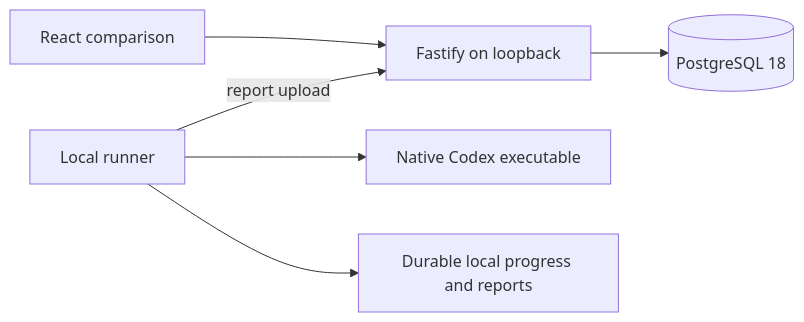
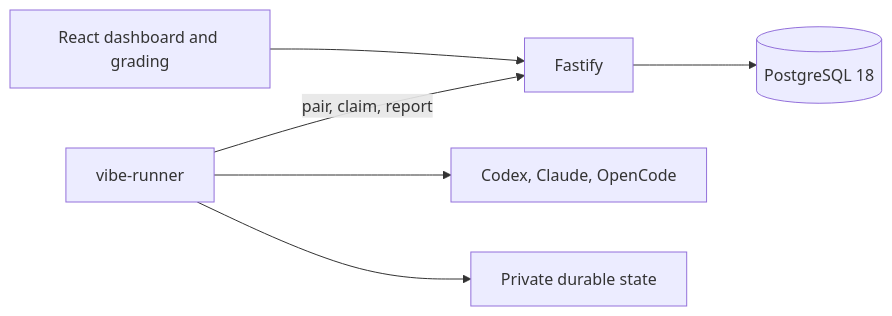
Before and after one commit to vlazarevich/vibe-bench: the diagram in docs/architecture.md, drawn with Mermaid. The commit also changed other lines of this file and 77 other files, not shown here.

````diff
--- a/docs/architecture.md
+++ b/docs/architecture.md
@@ -7,8 +7,8 @@
 ```mermaid
 flowchart LR
-  Browser[React comparison] --> Server[Fastify on loopback]
+  Browser[React dashboard and grading] --> Server[Fastify]
   Server --> DB[(PostgreSQL 18)]
-  Runner[Local runner] -->|report upload| Server
-  Runner --> CLI[Native Codex executable]
-  Runner --> Spool[Durable local progress and reports]
+  Runner[vibe-runner] -->|pair, claim, report| Server
+  Runner --> Harness[Codex, Claude, OpenCode]
+  Runner --> Journal[Private durable state]
 ```
````
